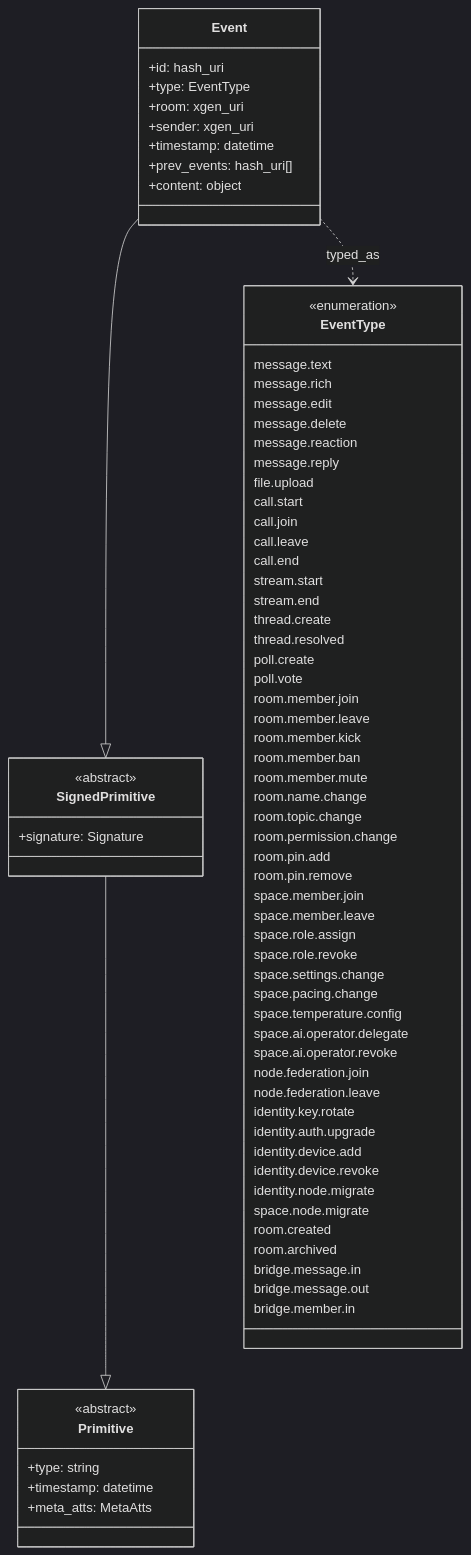
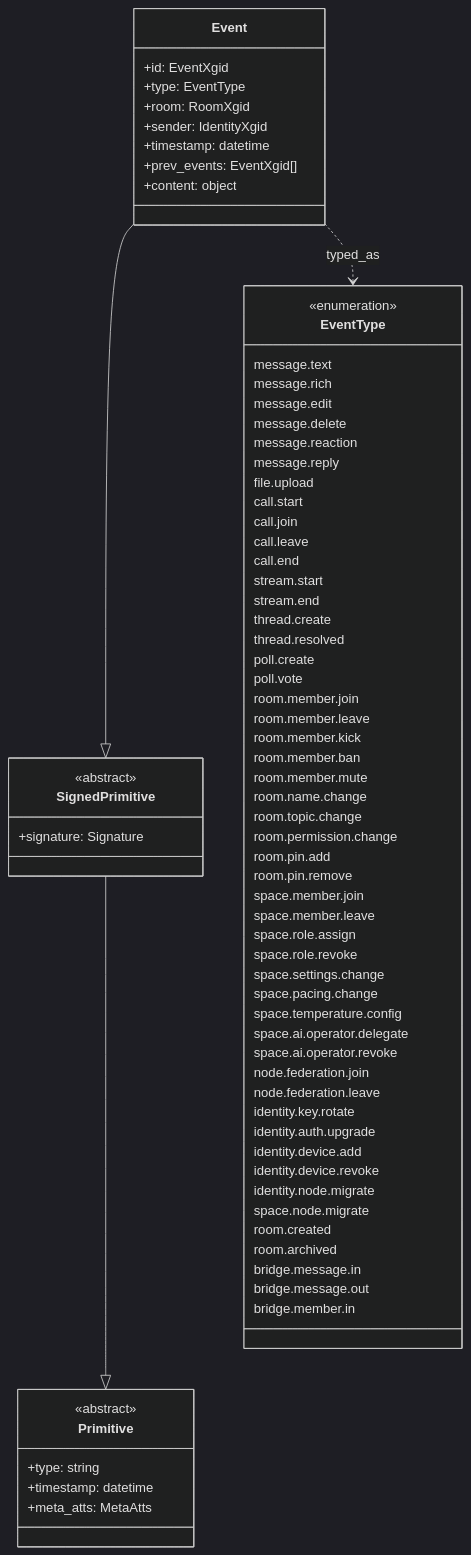
Before and after one commit to ianus777/XGenProtocol: the fourth of 16 diagrams in docs/xgen_appendix_c_en.md, drawn with Mermaid (dark theme). The commit also changed other lines of this file and 1 other file, not shown here.

````diff
--- a/docs/xgen_appendix_c_en.md
+++ b/docs/xgen_appendix_c_en.md
@@ -352,80 +354,80 @@
 ```mermaid
 classDiagram
     class Primitive {
         <<abstract>>
         +type: string
         +timestamp: datetime
         +meta_atts: MetaAtts
     }
     class SignedPrimitive {
         <<abstract>>
         +signature: Signature
     }
     class Event {
-        +id: hash_uri
+        +id: EventXgid
         +type: EventType
-        +room: xgen_uri
-        +sender: xgen_uri
+        +room: RoomXgid
+        +sender: IdentityXgid
         +timestamp: datetime
-        +prev_events: hash_uri[]
+        +prev_events: EventXgid[]
         +content: object
     }
     class EventType {
         <<enumeration>>
         message.text
         message.rich
         message.edit
         message.delete
         message.reaction
         message.reply
         file.upload
         call.start
         call.join
         call.leave
         call.end
         stream.start
         stream.end
         thread.create
         thread.resolved
         poll.create
         poll.vote
         room.member.join
         room.member.leave
         room.member.kick
         room.member.ban
         room.member.mute
         room.name.change
         room.topic.change
         room.permission.change
         room.pin.add
         room.pin.remove
         space.member.join
         space.member.leave
         space.role.assign
         space.role.revoke
         space.settings.change
         space.pacing.change
         space.temperature.config
         space.ai.operator.delegate
         space.ai.operator.revoke
         node.federation.join
         node.federation.leave
         identity.key.rotate
         identity.auth.upgrade
         identity.device.add
         identity.device.revoke
         identity.node.migrate
         space.node.migrate
         room.created
         room.archived
         bridge.message.in
         bridge.message.out
         bridge.member.in
     }
 
     SignedPrimitive --|> Primitive
     Event --|> SignedPrimitive
     Event ..> EventType : typed_as
     %% Note: Event.prev_events references other Events (self-reference).
     %% Self-referencing arrows omitted — Mermaid renders them as empty ghost boxes.
 ```
````
